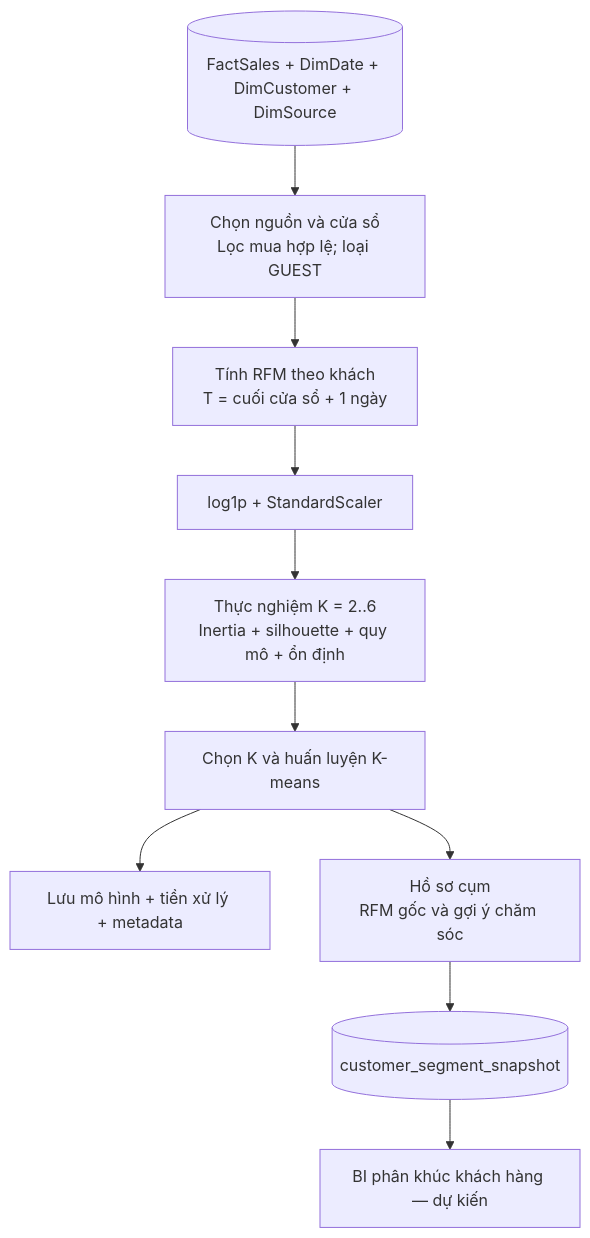
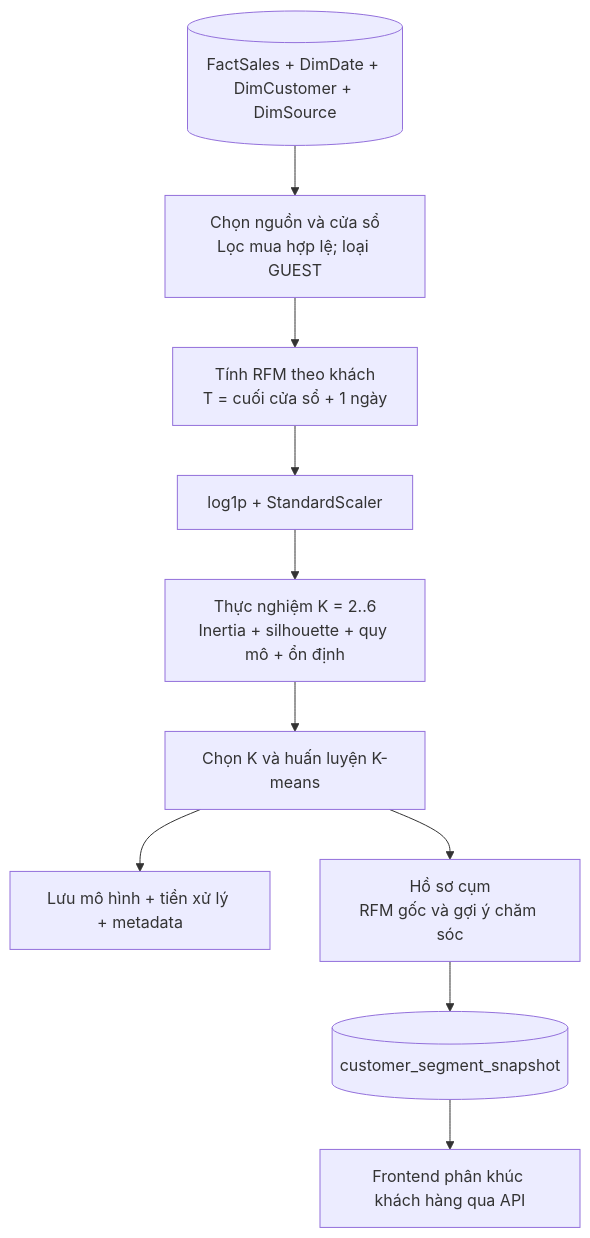
Before and after one commit to VIENDANBACK5/RetailPulse: the sixth of 6 diagrams in SYSTEM_ARCHITECTURE_DRAWIO_SPEC.md, drawn with Mermaid. The commit also changed other lines of this file and 76 other files, not shown here.

````diff
--- a/SYSTEM_ARCHITECTURE_DRAWIO_SPEC.md
+++ b/SYSTEM_ARCHITECTURE_DRAWIO_SPEC.md
@@ -358,12 +346,12 @@
 ```mermaid
 flowchart TD
     SALES[("FactSales + DimDate + DimCustomer + DimSource")] --> FILTER["Chọn nguồn và cửa sổ<br/>Lọc mua hợp lệ; loại GUEST"]
     FILTER --> RFM["Tính RFM theo khách<br/>T = cuối cửa sổ + 1 ngày"]
     RFM --> PRE["log1p + StandardScaler"]
     PRE --> EXP["Thực nghiệm K = 2..6<br/>Inertia + silhouette + quy mô + ổn định"]
     EXP --> SELECT["Chọn K và huấn luyện K-means"]
     SELECT --> MODEL["Lưu mô hình + tiền xử lý + metadata"]
     SELECT --> PROFILE["Hồ sơ cụm<br/>RFM gốc và gợi ý chăm sóc"]
     PROFILE --> SNAP[("customer_segment_snapshot")]
-    SNAP --> BI["BI phân khúc khách hàng — dự kiến"]
+    SNAP --> BI["Frontend phân khúc khách hàng qua API"]
 ```
````
